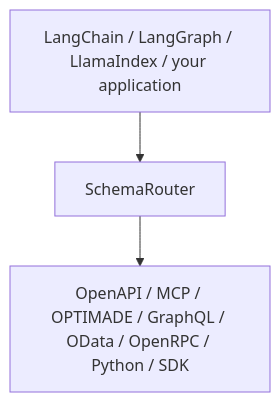
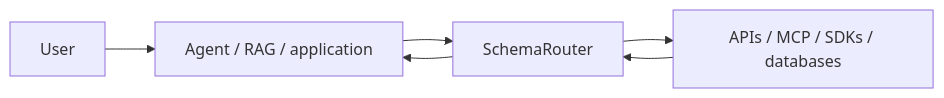
One commit to JDeun/SchemaRouter changed the diagram in README.md. Above: the diagram before and after it, drawn with Mermaid. The commit also changed other lines of this file, not shown here.

````diff
--- a/README.md
+++ b/README.md
@@ -222,5 +106,8 @@
 ```mermaid
-flowchart TD
-    F["LangChain / LangGraph / LlamaIndex / your application"] --> SR["SchemaRouter"]
-    SR --> T["OpenAPI / MCP / OPTIMADE / GraphQL / OData / OpenRPC / Python / SDK"]
+flowchart LR
+    Q["User"] --> A["Agent / RAG / application"]
+    A --> SR["SchemaRouter"]
+    SR --> S["APIs / MCP / SDKs / databases"]
+    S --> SR
+    SR --> A
 ```
````
